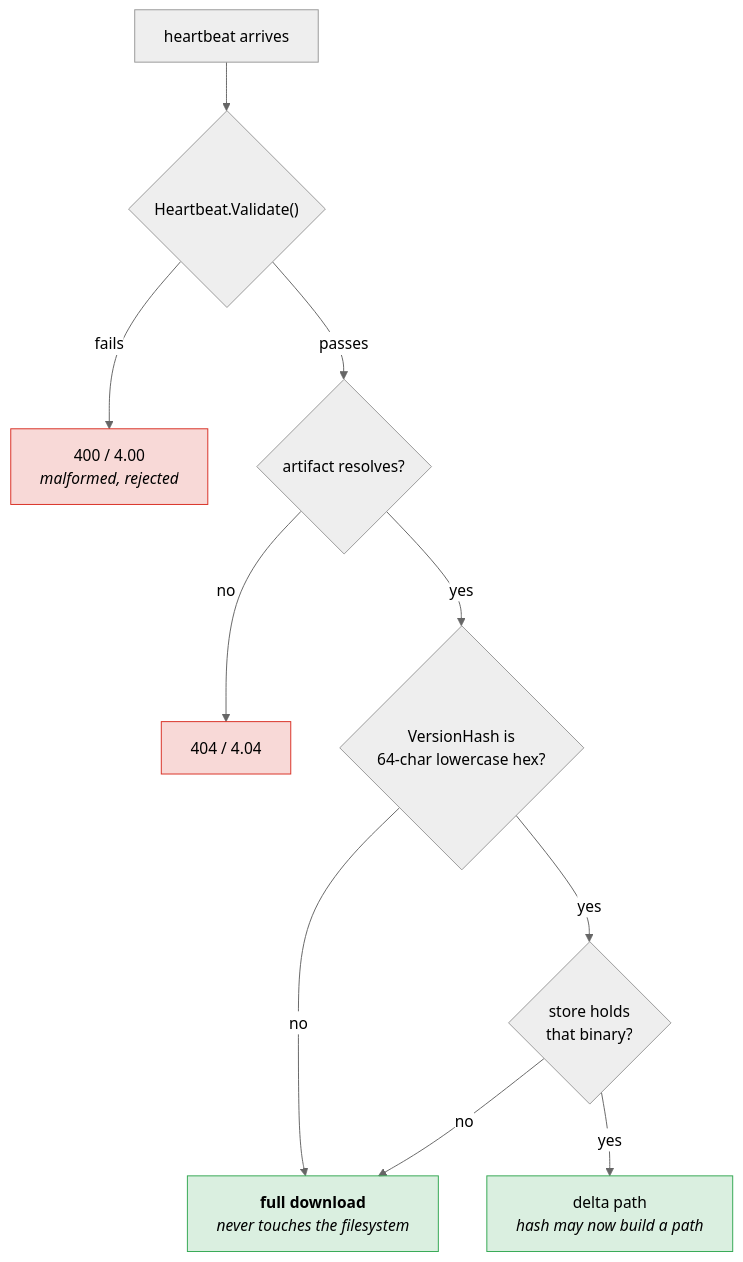
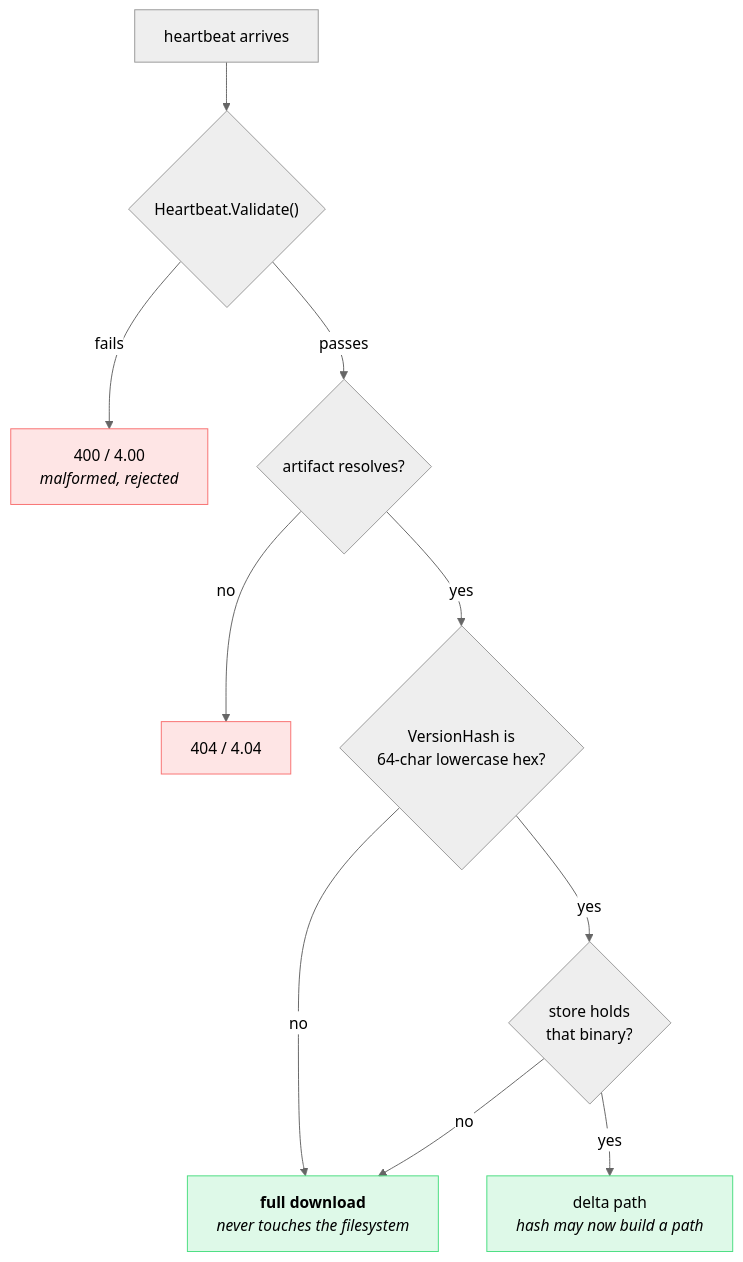
The diagram in site/content/server/trust-boundary.md (carlosprados/ota-updater), drawn with Mermaid (neutral theme) before and after one commit. The commit also changed 17 other files, not shown here.

````diff
--- a/site/content/server/trust-boundary.md
+++ b/site/content/server/trust-boundary.md
@@ -14,18 +14,18 @@
 ```mermaid
 flowchart TD
     HB["heartbeat arrives"] --> V{"Heartbeat.Validate()"}
     V -->|fails| E400["400 / 4.00<br/><i>malformed, rejected</i>"]
     V -->|passes| ART{"artifact resolves?"}
     ART -->|no| E404["404 / 4.04"]
     ART -->|yes| VH{"VersionHash is<br/>64-char lowercase hex?"}
 
     VH -->|no| FULL["<b>full download</b><br/><i>never touches the filesystem</i>"]
     VH -->|yes| HAS{"store holds<br/>that binary?"}
     HAS -->|no| FULL
     HAS -->|yes| DELTA["delta path<br/><i>hash may now build a path</i>"]
 
-    classDef bad fill:#d930252e,stroke:#d93025
-    classDef ok fill:#34a8532e,stroke:#34a853
+    classDef bad fill:#f871712e,stroke:#f87171
+    classDef ok fill:#4ade802e,stroke:#4ade80
     class E400,E404 bad
     class FULL,DELTA ok
 ```
````
